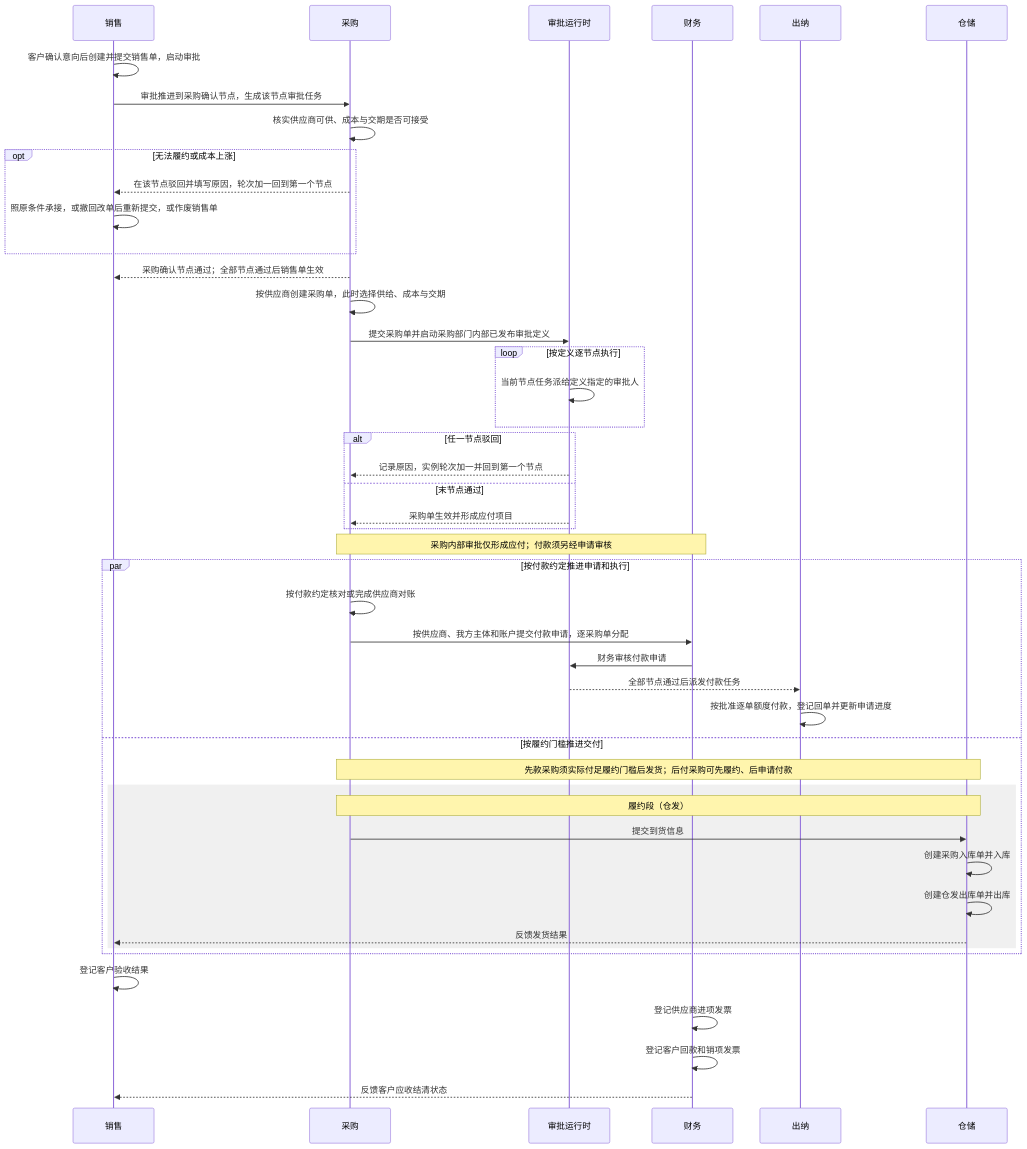
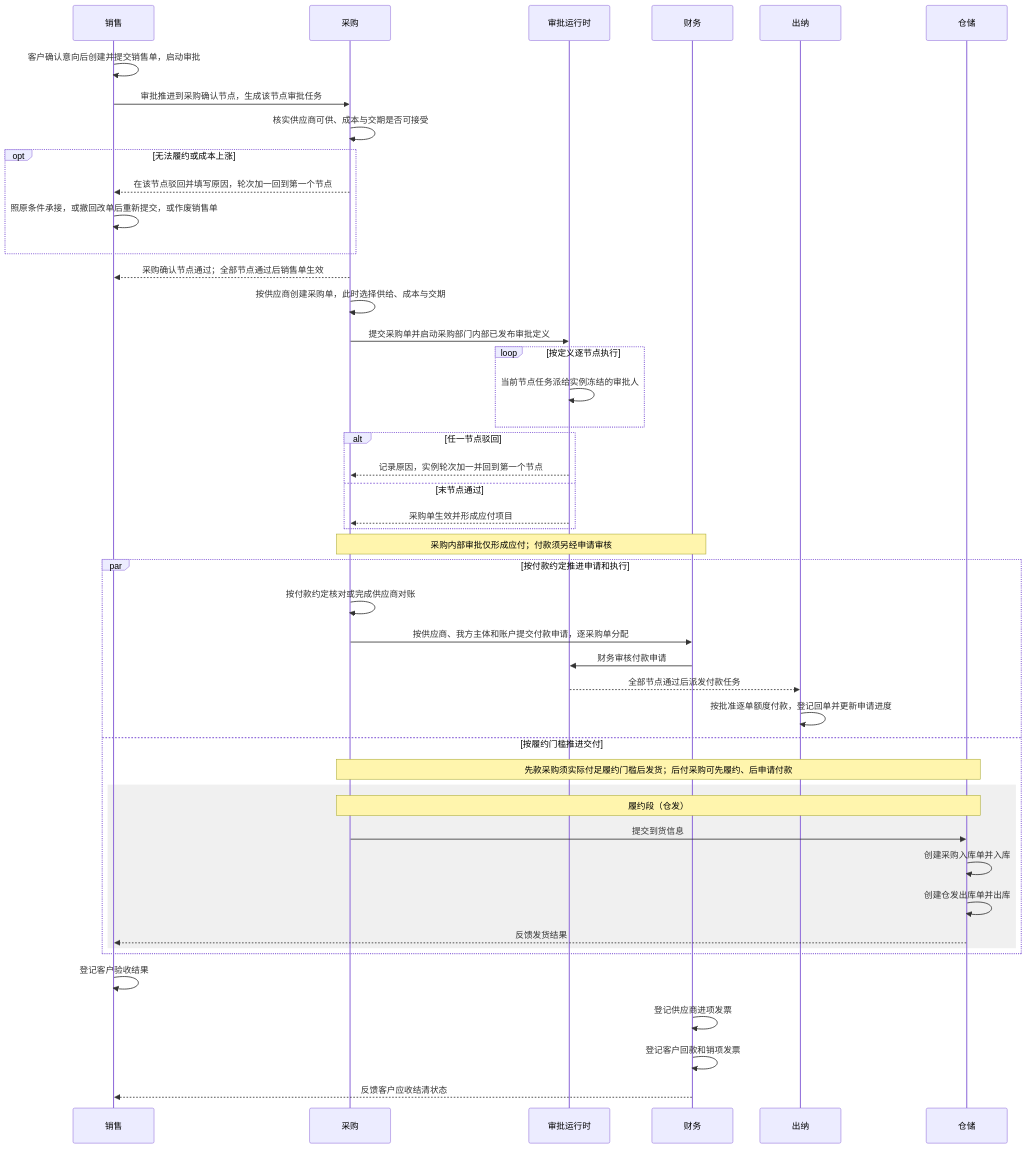
One commit to mztlive/erp changed the eighth of 11 diagrams in docs/erp-phase-1.md. Above: the diagram before and after it, drawn with Mermaid. The commit also changed other lines of this file and 113 other files, not shown here.

````diff
--- a/docs/erp-phase-1.md
+++ b/docs/erp-phase-1.md
@@ -875,51 +875,51 @@
 ```mermaid
 sequenceDiagram
   participant 销售
   participant 采购
   participant 审批运行时
   participant 财务
   participant 出纳
   participant 仓储
 
   销售->>销售: 客户确认意向后创建并提交销售单，启动审批
   销售->>采购: 审批推进到采购确认节点，生成该节点审批任务
   采购->>采购: 核实供应商可供、成本与交期是否可接受
   opt 无法履约或成本上涨
     采购-->>销售: 在该节点驳回并填写原因，轮次加一回到第一个节点
     销售->>销售: 照原条件承接，或撤回改单后重新提交，或作废销售单
   end
   采购-->>销售: 采购确认节点通过；全部节点通过后销售单生效
   采购->>采购: 按供应商创建采购单，此时选择供给、成本与交期
   采购->>审批运行时: 提交采购单并启动采购部门内部已发布审批定义
   loop 按定义逐节点执行
-    审批运行时->>审批运行时: 当前节点任务派给定义指定的审批人
+    审批运行时->>审批运行时: 当前节点任务派给实例冻结的审批人
   end
   alt 任一节点驳回
     审批运行时-->>采购: 记录原因，实例轮次加一并回到第一个节点
   else 末节点通过
     审批运行时-->>采购: 采购单生效并形成应付项目
   end
   Note over 采购,财务: 采购内部审批仅形成应付；付款须另经申请审核
   par 按付款约定推进申请和执行
   采购->>采购: 按付款约定核对或完成供应商对账
   采购->>财务: 按供应商、我方主体和账户提交付款申请，逐采购单分配
   财务->>审批运行时: 财务审核付款申请
   审批运行时-->>出纳: 全部节点通过后派发付款任务
   出纳->>出纳: 按批准逐单额度付款，登记回单并更新申请进度
   and 按履约门槛推进交付
   Note over 采购,仓储: 先款采购须实际付足履约门槛后发货；后付采购可先履约、后申请付款
 
   rect rgb(240, 240, 240)
     Note over 采购,仓储: 履约段（仓发）
     采购->>仓储: 提交到货信息
     仓储->>仓储: 创建采购入库单并入库
     仓储->>仓储: 创建仓发出库单并出库
     仓储-->>销售: 反馈发货结果
   end
   end
 
   销售->>销售: 登记客户验收结果
   财务->>财务: 登记供应商进项发票
   财务->>财务: 登记客户回款和销项发票
   财务-->>销售: 反馈客户应收结清状态
 ```
````
